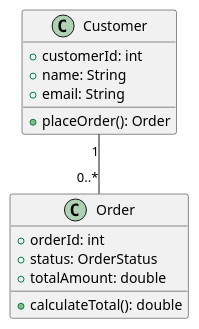
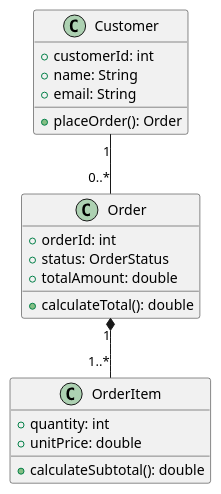
One commit to Haibrosh/OOAD_PlantUML_CICD changed the diagram in docs/class-diagram.puml. Above: the diagram before and after it, drawn with PlantUML.

Commit message:
docs: update class diagram

```diff
--- a/docs/class-diagram.puml
+++ b/docs/class-diagram.puml
@@ -1,20 +1,26 @@
 @startuml
 
 class Customer {
     +customerId: int
     +name: String
     +email: String
     +placeOrder(): Order
 }
 
 class Order {
     +orderId: int
     +status: OrderStatus
     +totalAmount: double
     +calculateTotal(): double
 }
 
+class OrderItem {
+    +quantity: int
+    +unitPrice: double
+    +calculateSubtotal(): double
+}
 
 Customer "1" -- "0..*" Order
+Order "1" *-- "1..*" OrderItem
 
 @enduml
```
